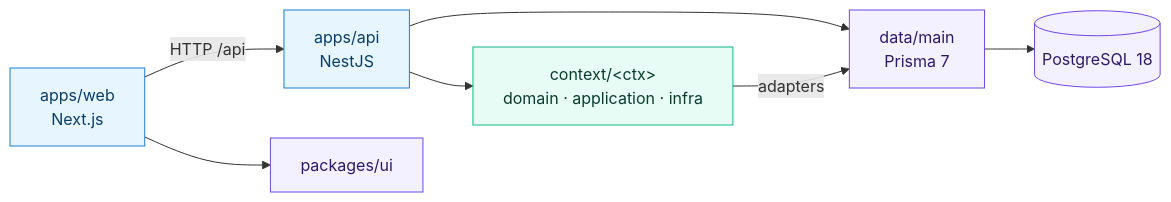
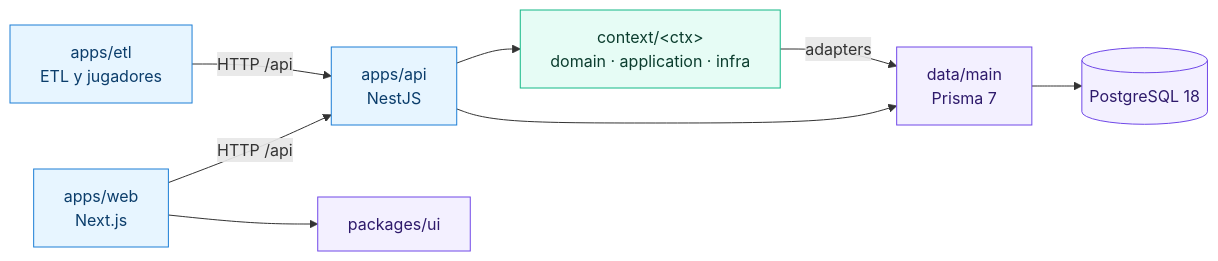
One commit to platanus-hack/platanus-hack-26-cl-team-27 changed the first of 2 diagrams in docs/arquitectura.md. Above: the diagram before and after it, drawn with Mermaid. The commit also changed other lines of this file and 71 other files, not shown here.

First line of the commit message:
Agrega el ETL de la muestra: lago de archivos, parsers, guion y jugadores

````diff
--- a/docs/arquitectura.md
+++ b/docs/arquitectura.md
@@ -18,16 +19,17 @@
 ```mermaid
 flowchart LR
   web["apps/web<br/>Next.js"] -->|HTTP /api| api["apps/api<br/>NestJS"]
+  etl["apps/etl<br/>ETL y jugadores"] -->|HTTP /api| api
   web --> ui["packages/ui"]
   api --> ctx["context/&lt;ctx&gt;<br/>domain · application · infra"]
   api --> data["data/main<br/>Prisma 7"]
   ctx -->|adapters| data
   data --> pg[("PostgreSQL 18")]
 
   classDef app fill:#E7F5FF,stroke:#1C7ED6,color:#0B3D6B
   classDef domain fill:#E6FCF5,stroke:#12B886,color:#0B3D2E
   classDef shared fill:#F3F0FF,stroke:#7048E8,color:#2E1A6B
-  class web,api app
+  class web,api,etl app
   class ctx domain
   class ui,data,pg shared
 ```
````
